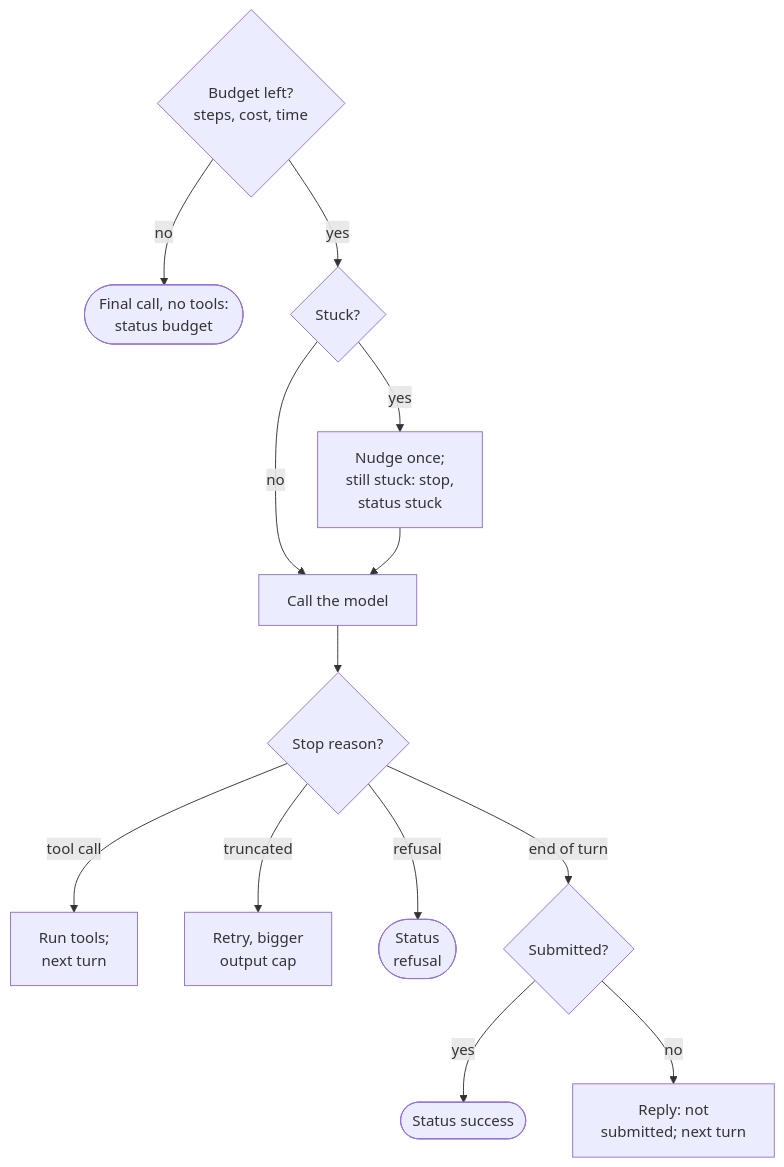
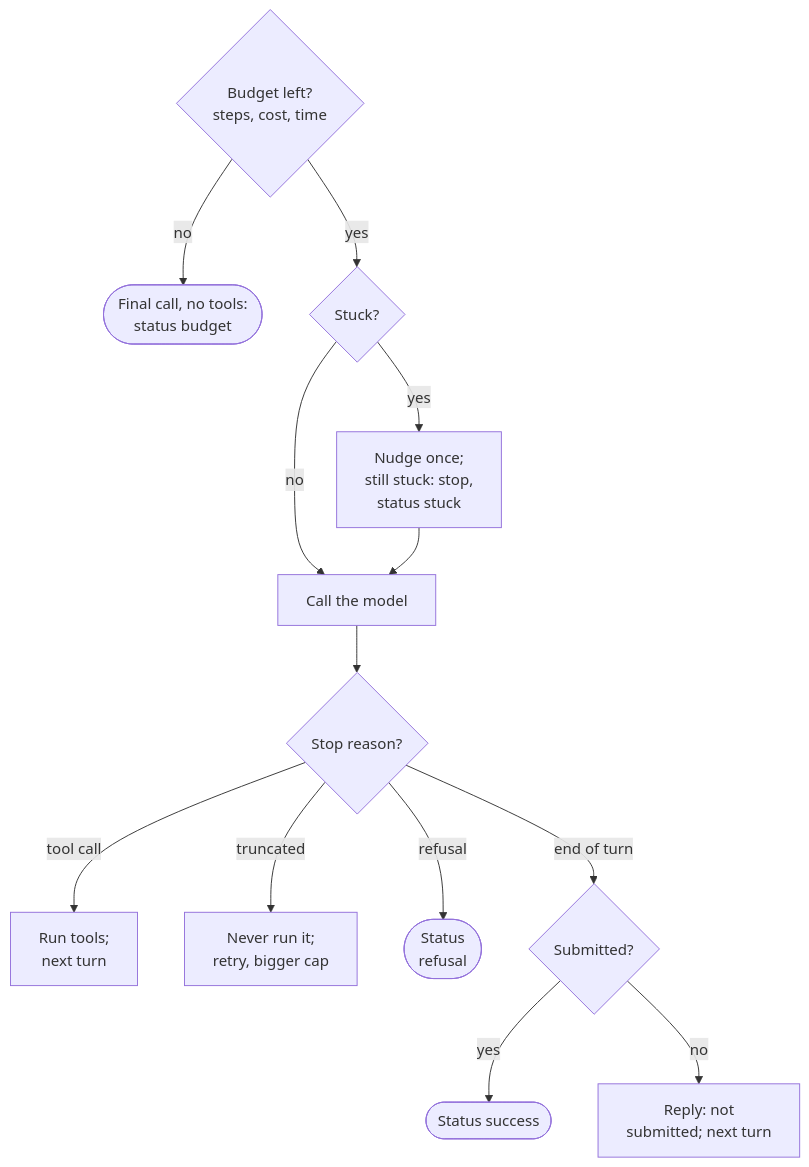
Before and after one commit to joshxinjie/agentic-harness-notes: the diagram in diagrams/src/stop-checks-per-turn.mmd, drawn with Mermaid. The commit also changed 8 other files, not shown here.

```diff
--- a/diagrams/src/stop-checks-per-turn.mmd
+++ b/diagrams/src/stop-checks-per-turn.mmd
@@ -1,13 +1,13 @@
 flowchart TD
     B{"Budget left?<br>steps, cost, time"} -->|"no"| BF(["Final call, no tools:<br>status budget"])
     B -->|"yes"| K{"Stuck?"}
     K -->|"yes"| NU["Nudge once;<br>still stuck: stop,<br>status stuck"]
     K -->|"no"| C["Call the model"]
     NU --> C
     C --> R{"Stop reason?"}
     R -->|"tool call"| TL["Run tools;<br>next turn"]
-    R -->|"truncated"| RT["Retry, bigger<br>output cap"]
+    R -->|"truncated"| RT["Never run it;<br>retry, bigger cap"]
     R -->|"refusal"| RF(["Status<br>refusal"])
     R -->|"end of turn"| SU{"Submitted?"}
     SU -->|"yes"| OK(["Status success"])
     SU -->|"no"| NS["Reply: not<br>submitted; next turn"]
```
